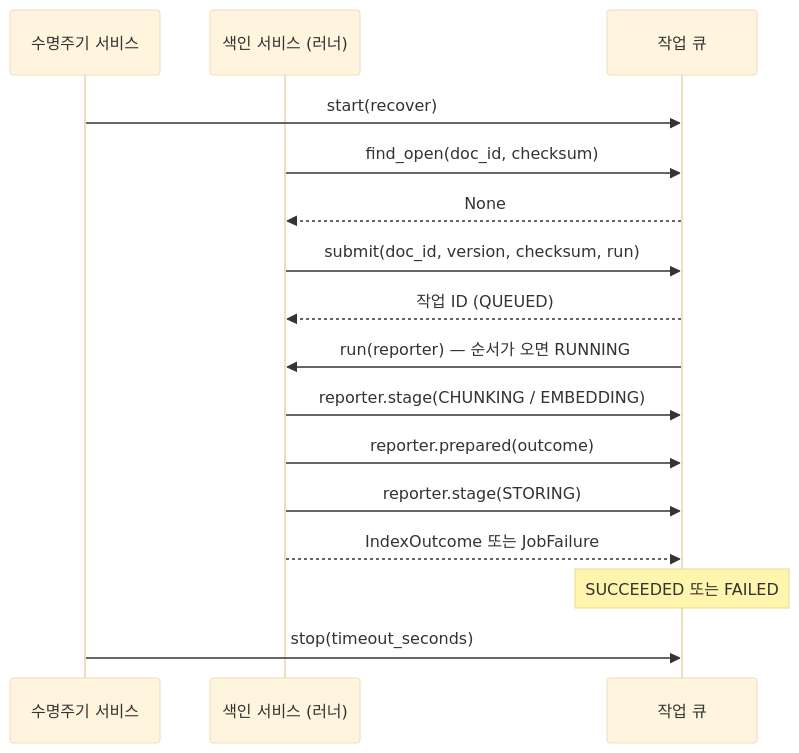
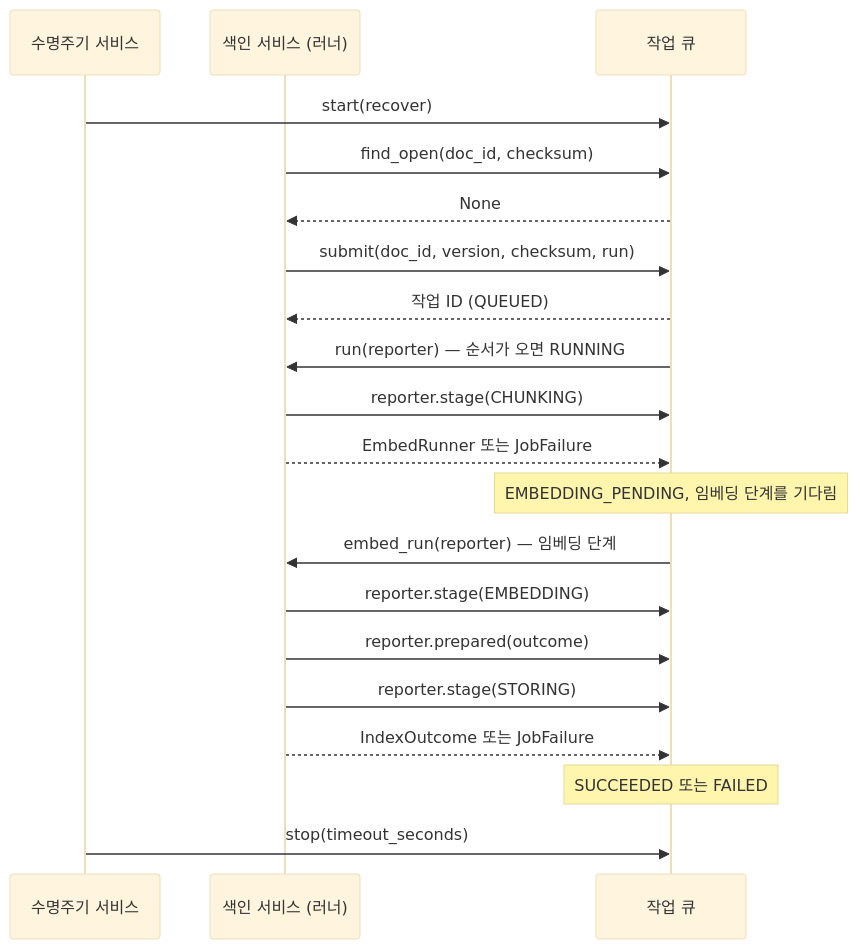
The third of 5 diagrams in apps/rag-server/src/minerva_rag/service/MODULE.md (victor7-aquila/minerva), drawn with Mermaid (base theme) before and after one commit. The commit also changed other lines of this file and 112 other files, not shown here.

````diff
--- a/apps/rag-server/src/minerva_rag/service/MODULE.md
+++ b/apps/rag-server/src/minerva_rag/service/MODULE.md
@@ -696,18 +777,22 @@
 ```mermaid
 sequenceDiagram
     participant LS as 수명주기 서비스
     participant IS as 색인 서비스 (러너)
     participant Q as 작업 큐
     LS->>Q: start(recover)
     IS->>Q: find_open(doc_id, checksum)
     Q-->>IS: None
     IS->>Q: submit(doc_id, version, checksum, run)
     Q-->>IS: 작업 ID (QUEUED)
     Q->>IS: run(reporter) — 순서가 오면 RUNNING
-    IS->>Q: reporter.stage(CHUNKING / EMBEDDING)
+    IS->>Q: reporter.stage(CHUNKING)
+    IS-->>Q: EmbedRunner 또는 JobFailure
+    Note over Q: EMBEDDING_PENDING, 임베딩 단계를 기다림
+    Q->>IS: embed_run(reporter) — 임베딩 단계
+    IS->>Q: reporter.stage(EMBEDDING)
     IS->>Q: reporter.prepared(outcome)
     IS->>Q: reporter.stage(STORING)
     IS-->>Q: IndexOutcome 또는 JobFailure
     Note over Q: SUCCEEDED 또는 FAILED
     LS->>Q: stop(timeout_seconds)
 ```
````
